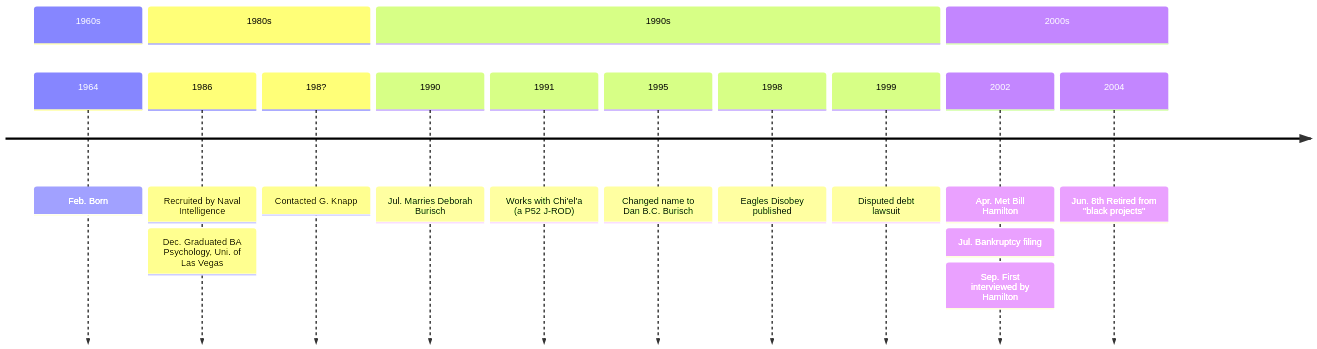
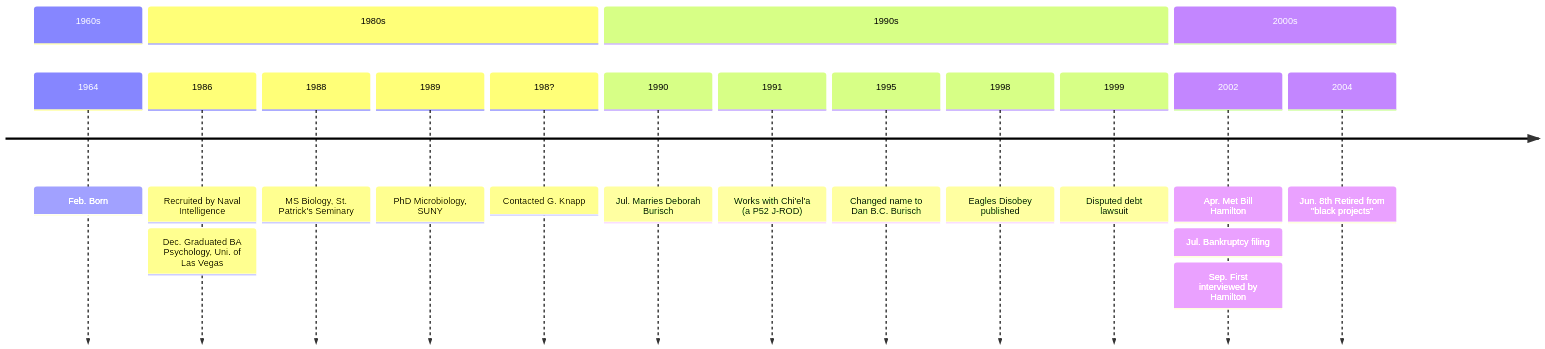
Before and after one commit to Black-Star-Institute/blackstar.github.io: the diagram in docs/people/burisch_dan.md, drawn with Mermaid. The commit also changed other lines of this file, not shown here.

````diff
--- a/docs/people/burisch_dan.md
+++ b/docs/people/burisch_dan.md
@@ -6,20 +6,22 @@
 ```mermaid
 timeline
     section 1960s
         1964 : Feb. Born
     section 1980s
         1986 : Recruited by Naval Intelligence
              : Dec. Graduated BA Psychology, Uni. of Las Vegas
+        1988 : MS Biology, St. Patrick's Seminary
+        1989 : PhD Microbiology, SUNY
         198? : Contacted G. Knapp
     section 1990s
         1990 : Jul. Marries Deborah Burisch
         1991 : Works with Chi'el'a (a P52 J-ROD)
         1995 : Changed name to Dan B.C. Burisch
         1998 : Eagles Disobey published
         1999 : Disputed debt lawsuit
     section 2000s
         2002 : Apr. Met Bill Hamilton
              : Jul. Bankruptcy filing
              : Sep. First interviewed by Hamilton
         2004 : Jun. 8th Retired from "black projects"
 ```
````
